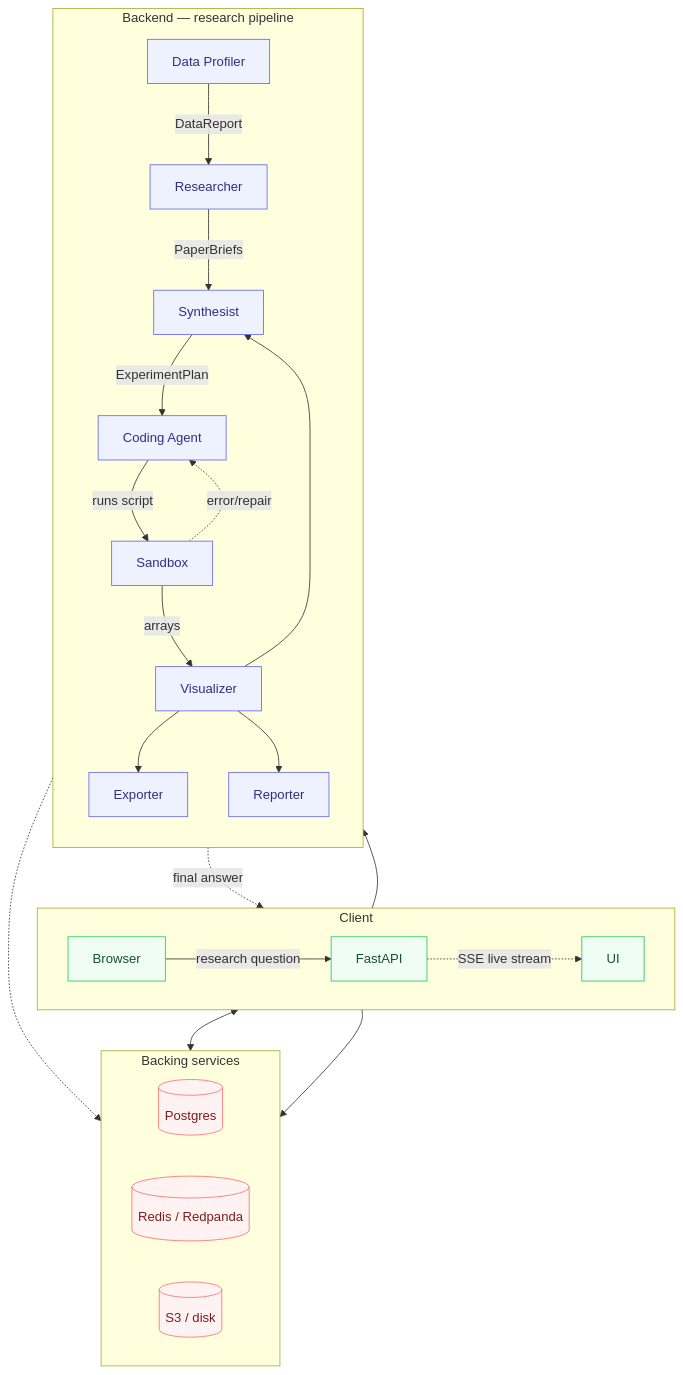
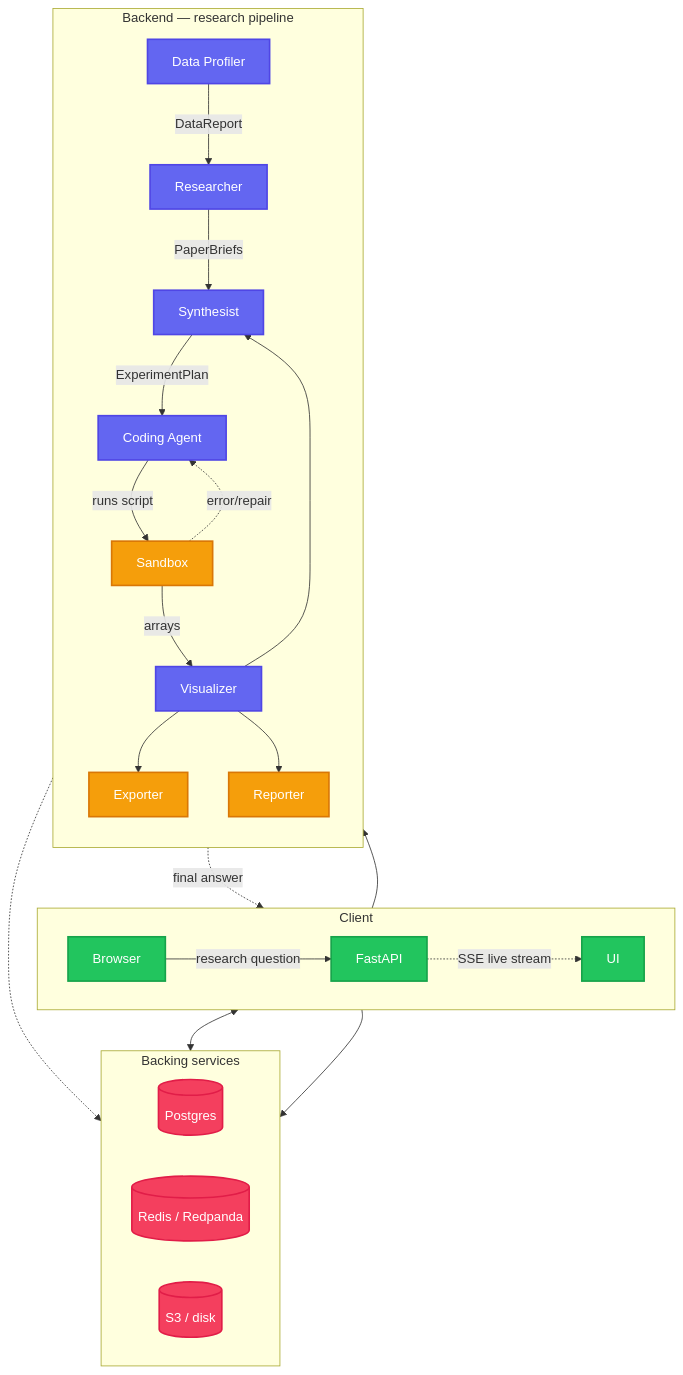
Before and after one commit to dhanyamd/alphaseek: the diagram in README.md, drawn with Mermaid.

Commit message:
update diagram

````diff
--- a/README.md
+++ b/README.md
@@ -13,52 +13,54 @@
 ```mermaid
 flowchart TB
 
     subgraph Client ["Client"]
         direction LR
         Browse["Browser"] -->|research question| API["FastAPI"]
         API -. SSE live stream .-> Screen["UI"]
     end
 
     subgraph Backend ["Backend — research pipeline"]
         direction TB
         Prof["Data Profiler"]
         Res["Researcher"]
         Syn["Synthesist"]
         Cod["Coding Agent"]
         San["Sandbox"]
         Viz["Visualizer"]
         Exp["Exporter"]
         Rep["Reporter"]
 
         Prof -->|DataReport| Res
         Res -->|PaperBriefs| Syn
         Syn -->|ExperimentPlan| Cod
         Cod -->|runs script| San
         San -->|arrays| Viz
         San -. error/repair .-> Cod
         Viz --> Syn
         Viz --> Exp
         Viz --> Rep
     end
 
     API --> Prof
     Rep -.->|final answer| Screen
 
     subgraph Infra ["Backing services"]
         direction LR
         PG[("Postgres")]
         EV[("Redis / Redpanda")]
         S3[("S3 / disk")]
     end
 
     API <--> EV
     API --> PG
     Prof -.-> S3
 
-    classDef agent fill:#eef2ff,stroke:#6366f1,color:#312e81
-    classDef client fill:#f0fdf4,stroke:#22c55e,color:#14532d
-    classDef infrafill fill:#fef2f2,stroke:#f87171,color:#7f1d1d
-    class Prof,Res,Syn,Cod,San,Viz,Exp,Rep agent
+    classDef agent fill:#6366f1,stroke:#4f46e5,color:#fff,stroke-width:2px
+    classDef client fill:#22c55e,stroke:#16a34a,color:#fff,stroke-width:2px
+    classDef infrafill fill:#f43f5e,stroke:#e11d48,color:#fff,stroke-width:2px
+    classDef loop fill:#f59e0b,stroke:#d97706,color:#fff,stroke-width:2px
+    class Prof,Res,Syn,Cod,Viz agent
+    class San,Exp,Rep loop
     class Browse,API,Screen client
     class PG,EV,S3 infrafill
 ```
````
